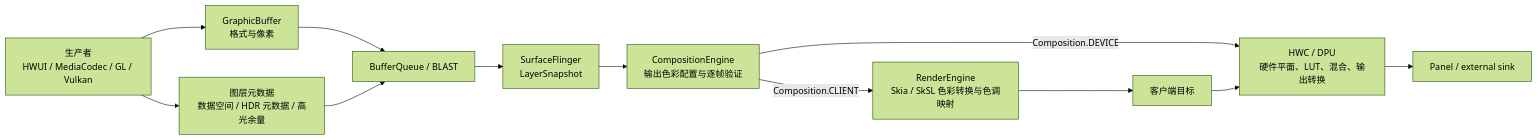
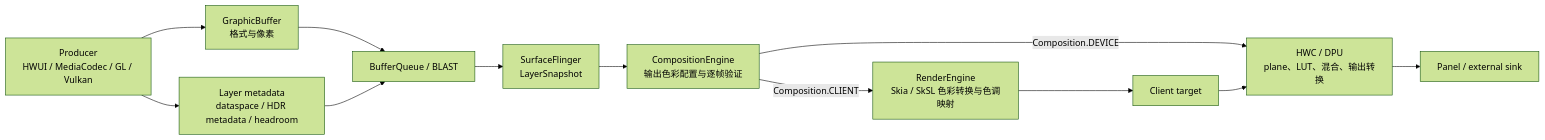
Before and after one commit to Gracker/android-internals-wiki: the diagram in src/part1-fundamentals/ch02-rendering/31-hdr-color-management-pipeline-performance.md, drawn with Mermaid (forest theme). The commit also changed other lines of this file and 4 other files, not shown here.

````diff
--- a/src/part1-fundamentals/ch02-rendering/31-hdr-color-management-pipeline-performance.md
+++ b/src/part1-fundamentals/ch02-rendering/31-hdr-color-management-pipeline-performance.md
@@ -85,14 +85,14 @@
 ```mermaid
 flowchart LR
-    P["生产者<br/>HWUI / MediaCodec / GL / Vulkan"] --> B["GraphicBuffer<br/>格式与像素"]
-    P --> M["图层元数据<br/>数据空间 / HDR 元数据 / 高光余量"]
+    P["Producer<br/>HWUI / MediaCodec / GL / Vulkan"] --> B["GraphicBuffer<br/>格式与像素"]
+    P --> M["Layer metadata<br/>dataspace / HDR metadata / headroom"]
     B --> Q["BufferQueue / BLAST"]
     M --> Q
     Q --> SF["SurfaceFlinger<br/>LayerSnapshot"]
     SF --> CE["CompositionEngine<br/>输出色彩配置与逐帧验证"]
-    CE -->|"Composition.DEVICE"| HWC["HWC / DPU<br/>硬件平面、LUT、混合、输出转换"]
+    CE -->|"Composition.DEVICE"| HWC["HWC / DPU<br/>plane、LUT、混合、输出转换"]
     CE -->|"Composition.CLIENT"| RE["RenderEngine<br/>Skia / SkSL 色彩转换与色调映射"]
-    RE --> CT["客户端目标"]
+    RE --> CT["Client target"]
     CT --> HWC
     HWC --> PANEL["Panel / external sink"]
 ```
````
